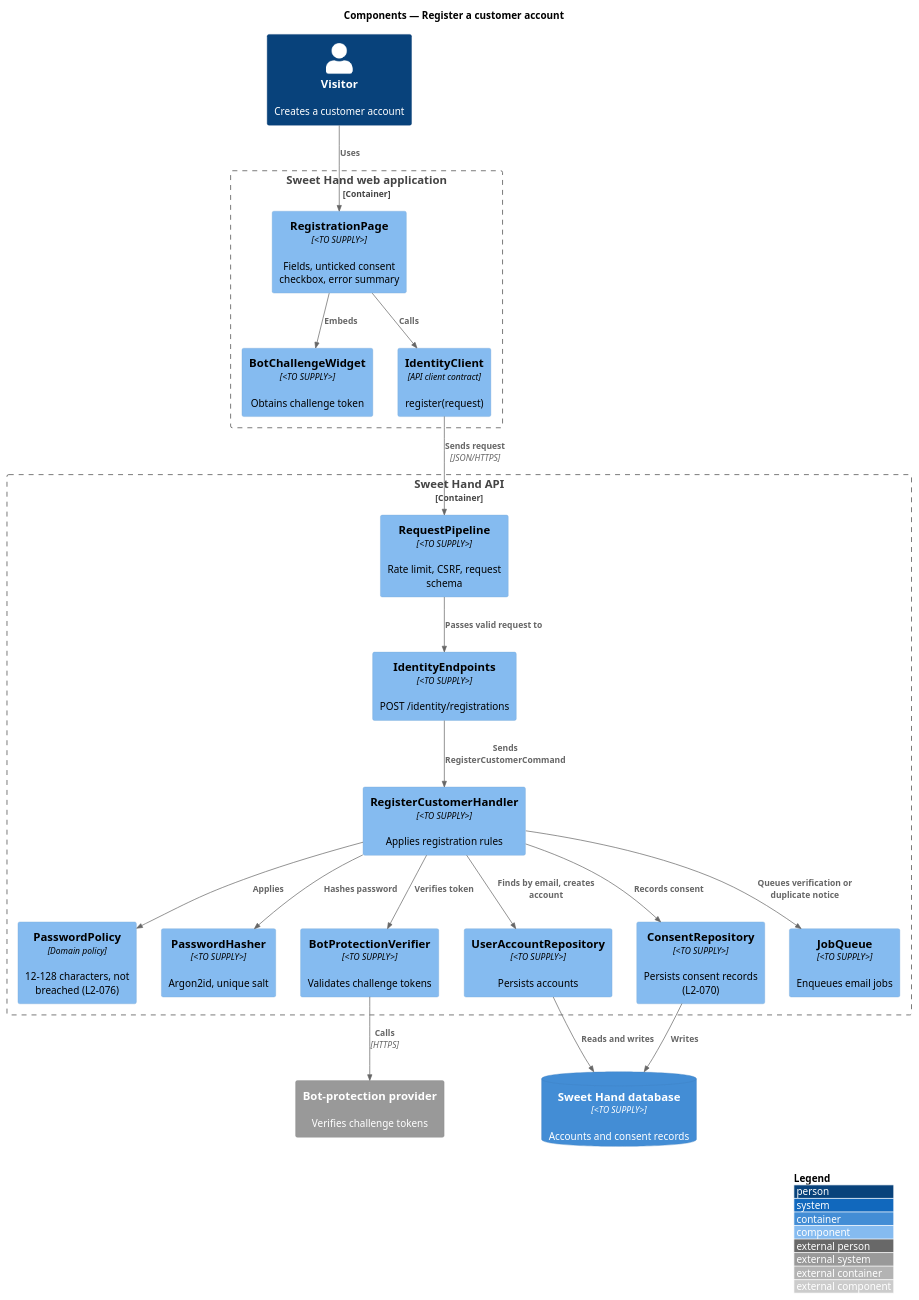
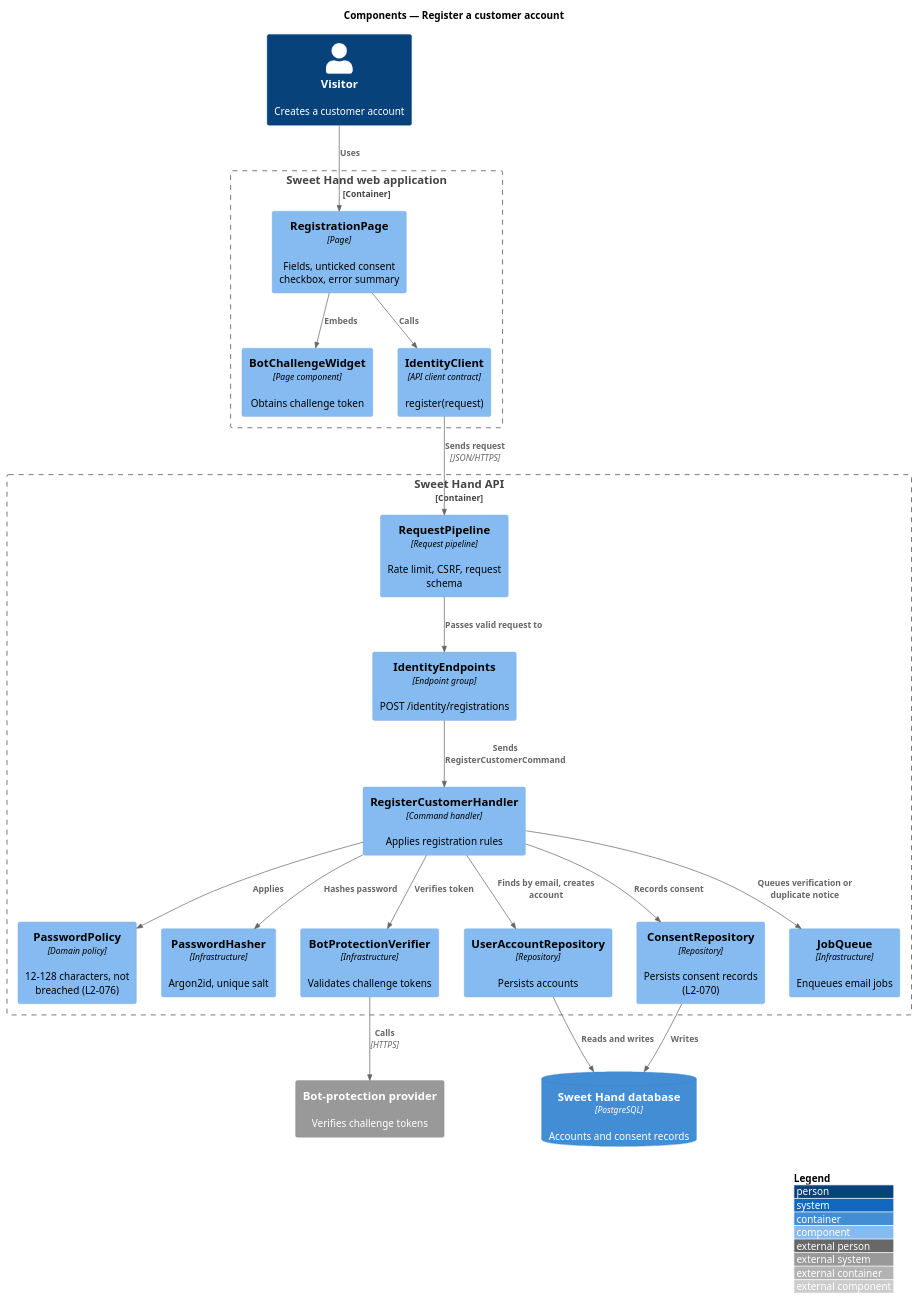
Before and after one commit to QuinntyneBrown/sweet-hand: the diagram in docs/detailed-designs/identity-and-security/register-customer/diagrams/c4-component.puml, drawn with PlantUML. The commit also changed 39 other files, not shown here.

```diff
--- a/docs/detailed-designs/identity-and-security/register-customer/diagrams/c4-component.puml
+++ b/docs/detailed-designs/identity-and-security/register-customer/diagrams/c4-component.puml
@@ -1,41 +1,41 @@
 @startuml
 !include <C4/C4_Component>
 LAYOUT_WITH_LEGEND()
 title Components — Register a customer account
 
 Person(visitor, "Visitor", "Creates a customer account")
 Container_Boundary(web, "Sweet Hand web application") {
-  Component(page, "RegistrationPage", "<TO SUPPLY>", "Fields, unticked consent checkbox, error summary")
-  Component(widget, "BotChallengeWidget", "<TO SUPPLY>", "Obtains challenge token")
+  Component(page, "RegistrationPage", "Page", "Fields, unticked consent checkbox, error summary")
+  Component(widget, "BotChallengeWidget", "Page component", "Obtains challenge token")
   Component(client, "IdentityClient", "API client contract", "register(request)")
 }
 Container_Boundary(api, "Sweet Hand API") {
-  Component(pipeline, "RequestPipeline", "<TO SUPPLY>", "Rate limit, CSRF, request schema")
-  Component(endpoints, "IdentityEndpoints", "<TO SUPPLY>", "POST /identity/registrations")
-  Component(handler, "RegisterCustomerHandler", "<TO SUPPLY>", "Applies registration rules")
+  Component(pipeline, "RequestPipeline", "Request pipeline", "Rate limit, CSRF, request schema")
+  Component(endpoints, "IdentityEndpoints", "Endpoint group", "POST /identity/registrations")
+  Component(handler, "RegisterCustomerHandler", "Command handler", "Applies registration rules")
   Component(policy, "PasswordPolicy", "Domain policy", "12-128 characters, not breached (L2-076)")
-  Component(hasher, "PasswordHasher", "<TO SUPPLY>", "Argon2id, unique salt")
-  Component(verifier, "BotProtectionVerifier", "<TO SUPPLY>", "Validates challenge tokens")
-  Component(repo, "UserAccountRepository", "<TO SUPPLY>", "Persists accounts")
-  Component(consent, "ConsentRepository", "<TO SUPPLY>", "Persists consent records (L2-070)")
-  Component(jobs, "JobQueue", "<TO SUPPLY>", "Enqueues email jobs")
+  Component(hasher, "PasswordHasher", "Infrastructure", "Argon2id, unique salt")
+  Component(verifier, "BotProtectionVerifier", "Infrastructure", "Validates challenge tokens")
+  Component(repo, "UserAccountRepository", "Repository", "Persists accounts")
+  Component(consent, "ConsentRepository", "Repository", "Persists consent records (L2-070)")
+  Component(jobs, "JobQueue", "Infrastructure", "Enqueues email jobs")
 }
-ContainerDb(db, "Sweet Hand database", "<TO SUPPLY>", "Accounts and consent records")
+ContainerDb(db, "Sweet Hand database", "PostgreSQL", "Accounts and consent records")
 System_Ext(bot, "Bot-protection provider", "Verifies challenge tokens")
 
 Rel(visitor, page, "Uses")
 Rel(page, widget, "Embeds")
 Rel(page, client, "Calls")
 Rel(client, pipeline, "Sends request", "JSON/HTTPS")
 Rel(pipeline, endpoints, "Passes valid request to")
 Rel(endpoints, handler, "Sends RegisterCustomerCommand")
 Rel(handler, verifier, "Verifies token")
 Rel(verifier, bot, "Calls", "HTTPS")
 Rel(handler, policy, "Applies")
 Rel(handler, hasher, "Hashes password")
 Rel(handler, repo, "Finds by email, creates account")
 Rel(handler, consent, "Records consent")
 Rel(handler, jobs, "Queues verification or duplicate notice")
 Rel(repo, db, "Reads and writes")
 Rel(consent, db, "Writes")
 @enduml
```
